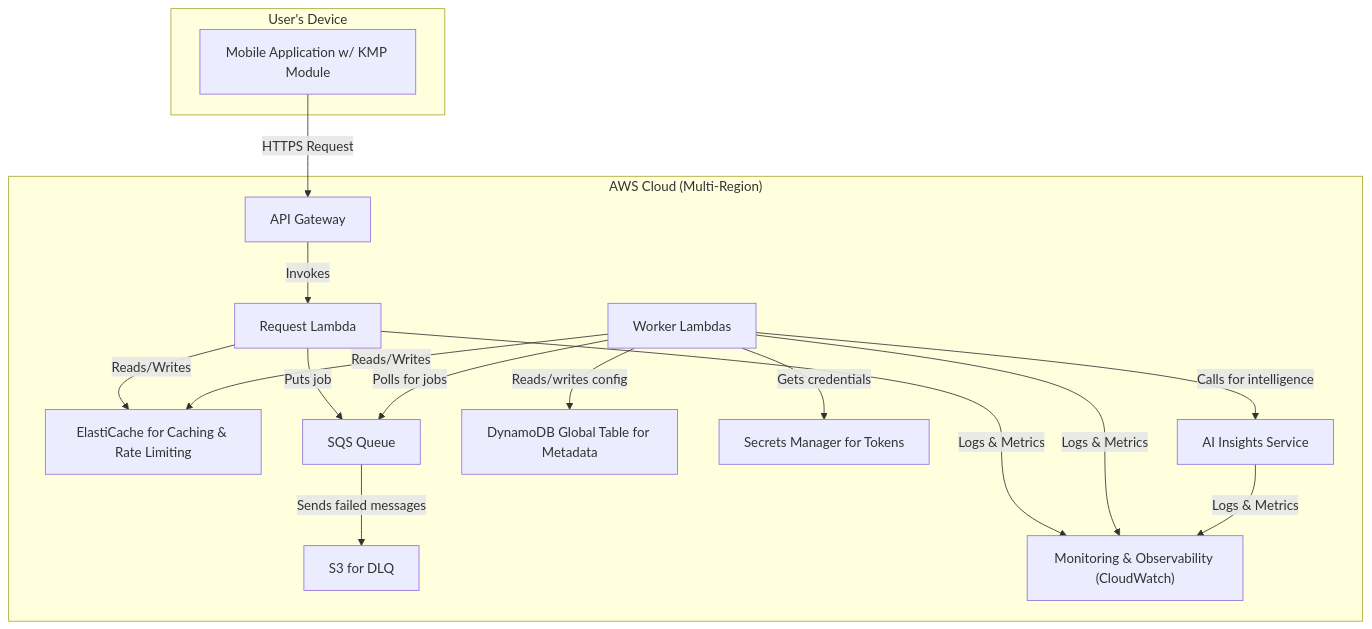
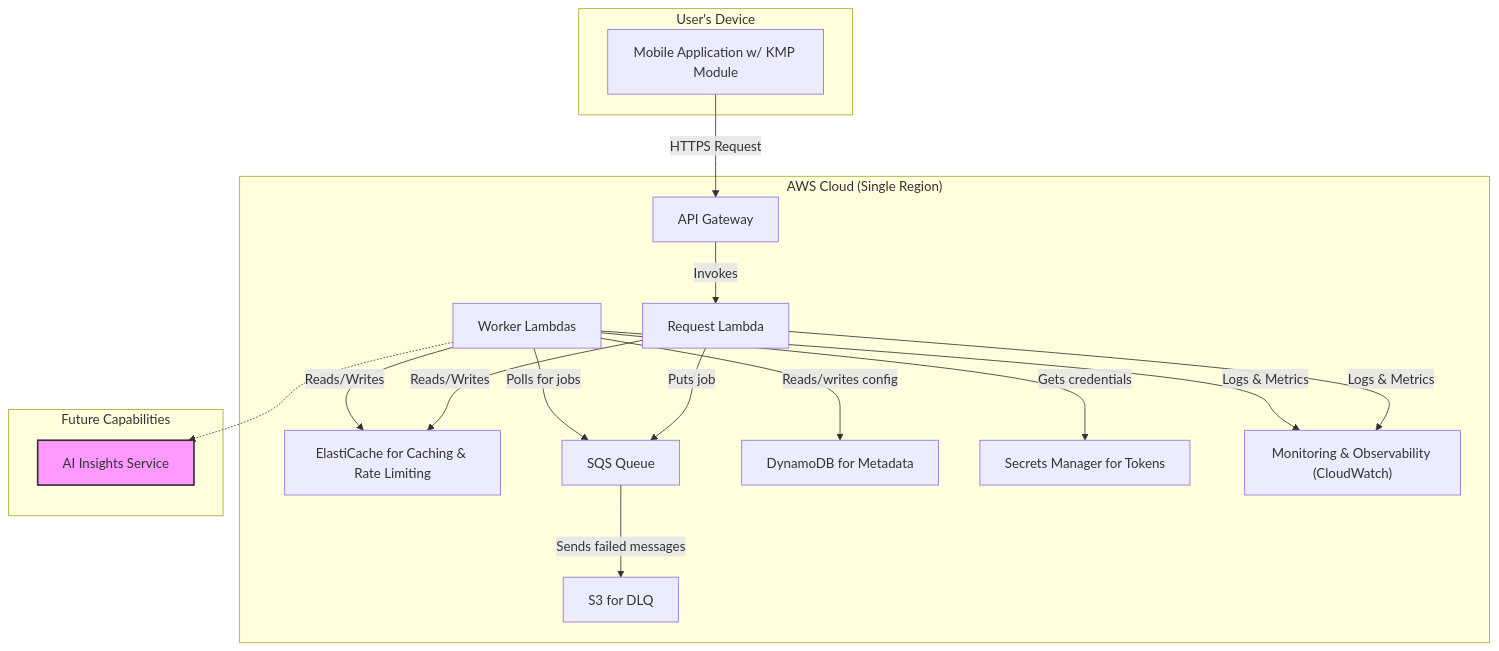
One commit to dino10bit/healthsync changed the second of 3 diagrams in 06-technical-architecture.md. Above: the diagram before and after it, drawn with Mermaid. The commit also changed other lines of this file, not shown here.

First line of the commit message:
Revise technical architecture to align with review feedback

````diff
--- a/06-technical-architecture.md
+++ b/06-technical-architecture.md
@@ -67,34 +67,37 @@
 ```mermaid
 graph TD
-    subgraph "AWS Cloud (Multi-Region)"
+    subgraph "AWS Cloud (Single Region)"
         APIGateway[API Gateway]
         ElastiCache[ElastiCache for Caching & Rate Limiting]
         RequestLambda[Request Lambda]
         SQSQueue[SQS Queue]
         WorkerLambda[Worker Lambdas]
-        DynamoDB[DynamoDB Global Table for Metadata]
+        DynamoDB[DynamoDB for Metadata]
         SecretsManager[Secrets Manager for Tokens]
         S3[S3 for DLQ]
+        Observability["Monitoring & Observability (CloudWatch)"]
+    end
+
+    subgraph "Future Capabilities"
+        style AI_Service fill:#f9f,stroke:#333,stroke-width:2px
         AI_Service[AI Insights Service]
-        Observability["Monitoring & Observability (CloudWatch)"]
     end
 
     subgraph "User's Device"
         MobileApp[Mobile Application w/ KMP Module]
     end
 
     MobileApp -- HTTPS Request --> APIGateway
     APIGateway -- Invokes --> RequestLambda
     RequestLambda -- Puts job --> SQSQueue
     RequestLambda -- Reads/Writes --> ElastiCache
     WorkerLambda -- Polls for jobs --> SQSQueue
     WorkerLambda -- Reads/writes config --> DynamoDB
     WorkerLambda -- Gets credentials --> SecretsManager
     WorkerLambda -- Reads/Writes --> ElastiCache
-    WorkerLambda -- Calls for intelligence --> AI_Service
+    WorkerLambda -.-> AI_Service
     SQSQueue -- Sends failed messages --> S3
 
     RequestLambda -- Logs & Metrics --> Observability
     WorkerLambda -- Logs & Metrics --> Observability
-    AI_Service -- Logs & Metrics --> Observability
 ```
````
